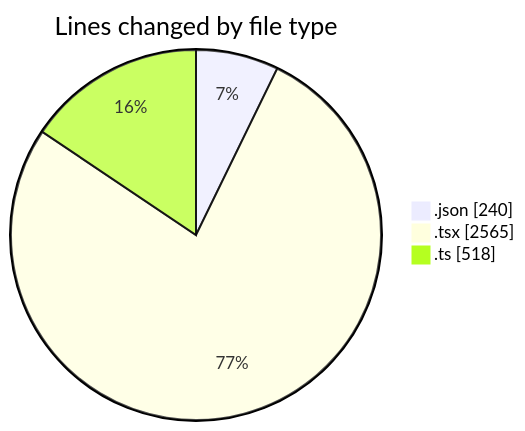
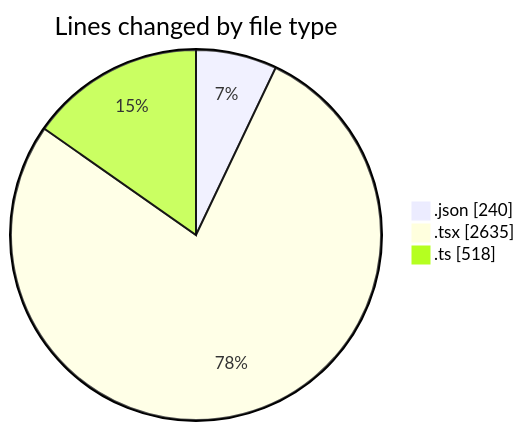
The first of 2 diagrams in 2025-11-17/eventscop-frontend-guide__workspace_/README.md (julien-gomy/code-tracking), drawn with Mermaid before and after one commit. The commit also changed other lines of this file and 1 other file, not shown here.

````diff
--- a/2025-11-17/eventscop-frontend-guide__workspace_/README.md
+++ b/2025-11-17/eventscop-frontend-guide__workspace_/README.md
@@ -35,7 +36,7 @@
 ```mermaid
 pie showData
 title Lines changed by file type
 ".json" : 240
-".tsx" : 2565
+".tsx" : 2635
 ".ts" : 518
 ```
````
